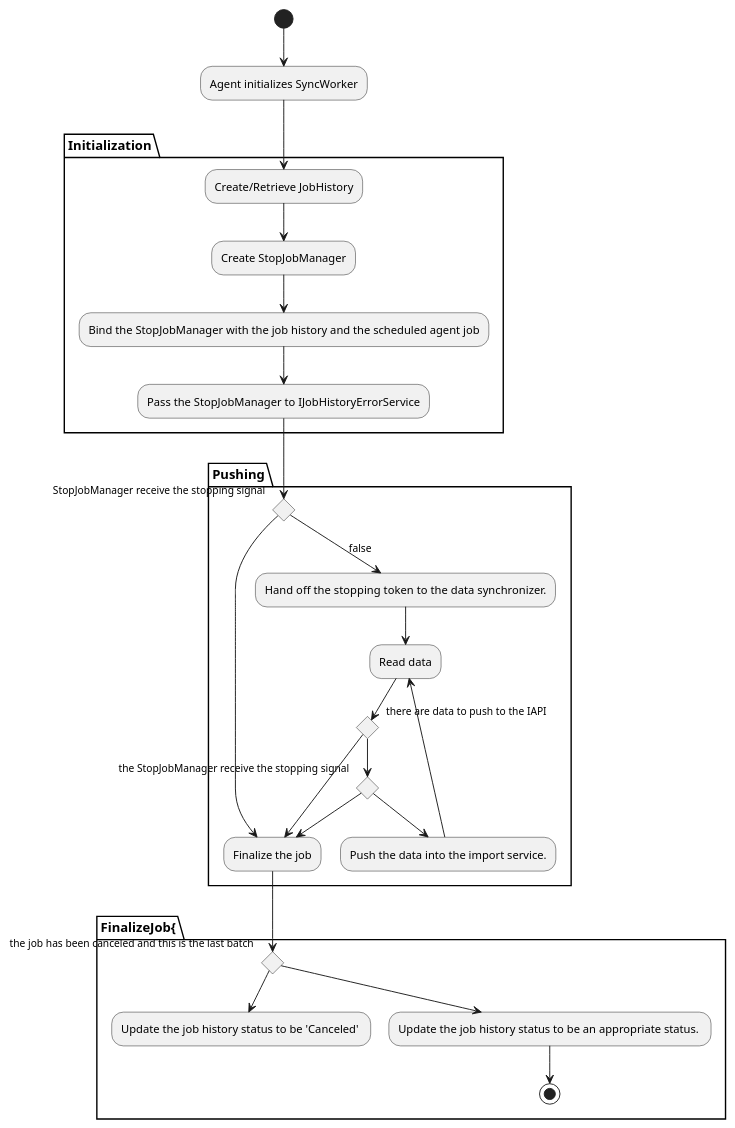
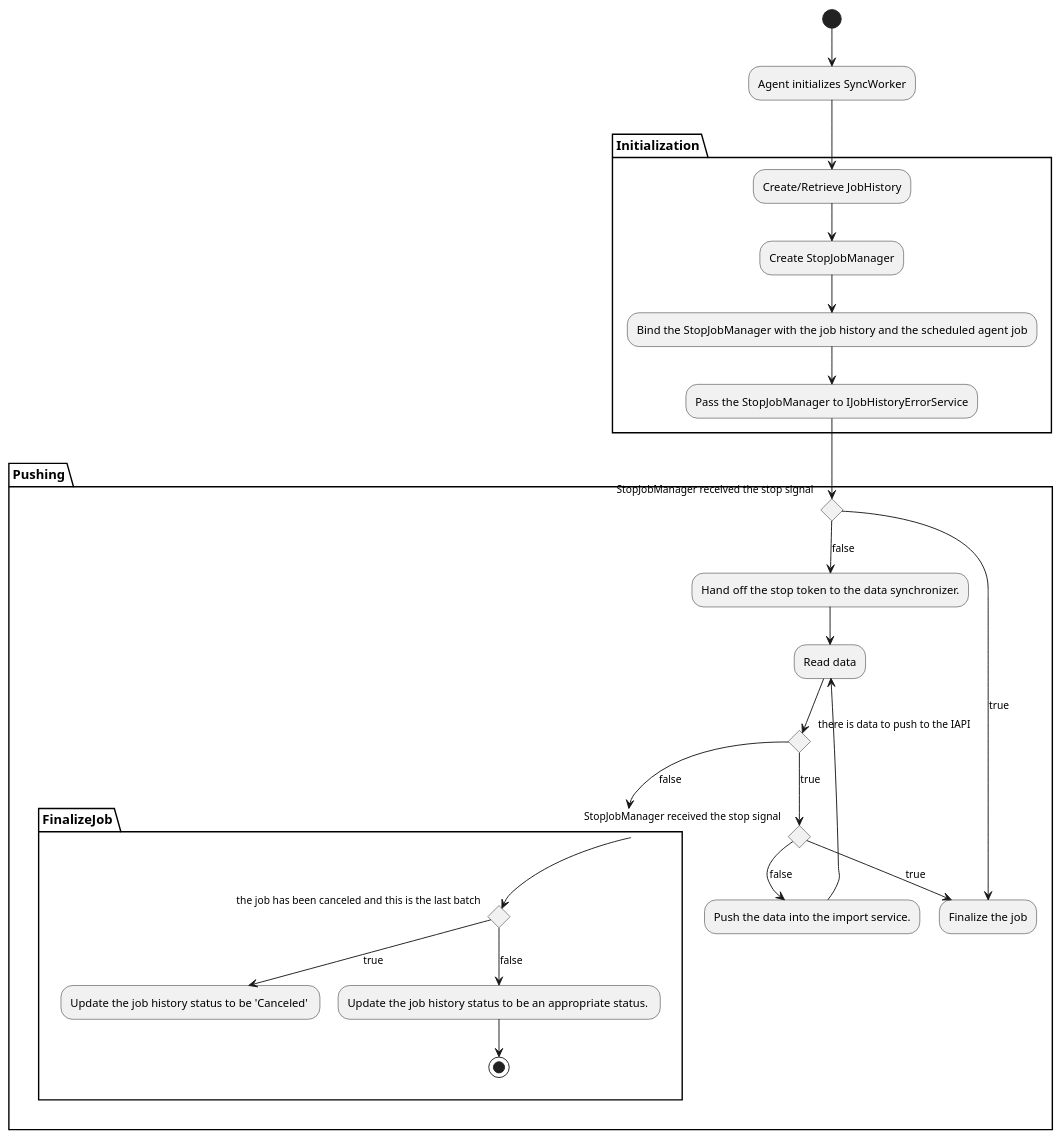
One commit to relativityone/server-integrationpoints-integrationpoints changed the diagram in documentation/Stop/SyncWorker.pu. Above: the diagram before and after it, drawn with PlantUML. The commit also changed 4 other files, not shown here.

Commit message:
Updated Stop diagrams' grammar and wording.

```diff
--- a/documentation/Stop/SyncWorker.pu
+++ b/documentation/Stop/SyncWorker.pu
@@ -1,41 +1,41 @@
  @startuml
 skinparam activity {
  BackgroundColor<< Error >> #ff6666
 }
 
 (*) --> "Agent initializes SyncWorker"
 partition Initialization {
  --> "Create/Retrieve JobHistory"
  --> "Create StopJobManager"
  --> "Bind the StopJobManager with the job history and the scheduled agent job"
  --> "Pass the StopJobManager to IJobHistoryErrorService"
 }
 partition Pushing data{
-  if "StopJobManager receive the stopping signal" then
-      --> Finalize the job
+  if "StopJobManager received the stop signal" then
+      --> [true] Finalize the job
   else
-	 --> [false] "Hand off the stopping token to the data synchronizer."
+	 --> [false] "Hand off the stop token to the data synchronizer."
      --> "Read data"
-	 if "there are data to push to the IAPI" then
-     	if "the StopJobManager receive the stopping signal" then
-      		--> Finalize the job
+	 if "there is data to push to the IAPI" then
+     	[true] if "StopJobManager received the stop signal" then
+      		--> [true] Finalize the job
      	else
-			--> "Push the data into the import service."
+			--> [false] "Push the data into the import service."
      	    --> "Read data"
 		endif
 	else 
-       --> Finalize the job
+       --> [false] FinalizeJob
 	endif
   endif
 }
  
-partition FinalizeJob{
+partition FinalizeJob {
    if "the job has been canceled and this is the last batch" then 
-	 --> "Update the job history status to be 'Canceled' "
+	 --> [true] "Update the job history status to be 'Canceled' "
    else
-     --> "Update the job history status to be an appropriate status. "
+     --> [false] "Update the job history status to be an appropriate status. "
    endif
    --> (*)
 }
 
 @enduml
```
